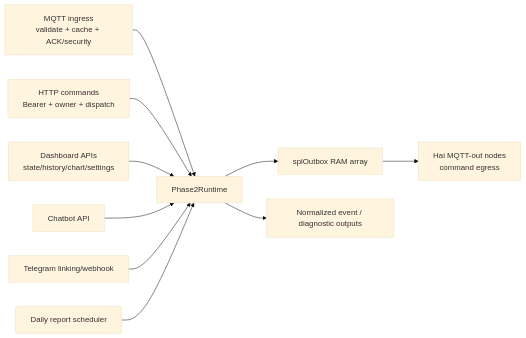
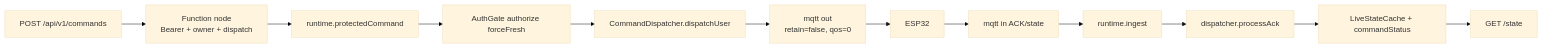
One commit to ThaiQuangHuy2906/smart-privacy-locker changed the tenth of 28 diagrams in ON_TAP_VAN_DAP_CHI_TIET.md. Above: the diagram before and after it, drawn with Mermaid (base theme). The commit also changed other lines of this file and 25 other files, not shown here.

````diff
--- a/ON_TAP_VAN_DAP_CHI_TIET.md
+++ b/ON_TAP_VAN_DAP_CHI_TIET.md
@@ -1023,12 +575,14 @@
 ```mermaid
 flowchart LR
-    MI["MQTT ingress<br/>validate + cache + ACK/security"] --> RT["Phase2Runtime"]
-    HC["HTTP commands<br/>Bearer + owner + dispatch"] --> RT
-    DS["Dashboard APIs<br/>state/history/chart/settings"] --> RT
-    CH["Chatbot API"] --> RT
-    TL["Telegram linking/webhook"] --> RT
-    DR["Daily report scheduler"] --> RT
-    RT --> O["splOutbox RAM array"]
-    O --> MO["Hai MQTT-out nodes<br/>command egress"]
-    RT --> EV["Normalized event / diagnostic outputs"]
+    HTTP["POST /api/v1/commands"] --> FN["Function node<br/>Bearer + owner + dispatch"]
+    FN --> PC["runtime.protectedCommand"]
+    PC --> AUTH["AuthGate authorize forceFresh"]
+    AUTH --> DISP["CommandDispatcher.dispatchUser"]
+    DISP --> OUT["mqtt out<br/>retain=false, qos=0"]
+    OUT --> ESP["ESP32"]
+    ESP --> IN["mqtt in ACK/state"]
+    IN --> INGEST["runtime.ingest"]
+    INGEST --> CORR["dispatcher.processAck"]
+    CORR --> CACHE["LiveStateCache + commandStatus"]
+    CACHE --> API["GET /state"]
 ```
````
